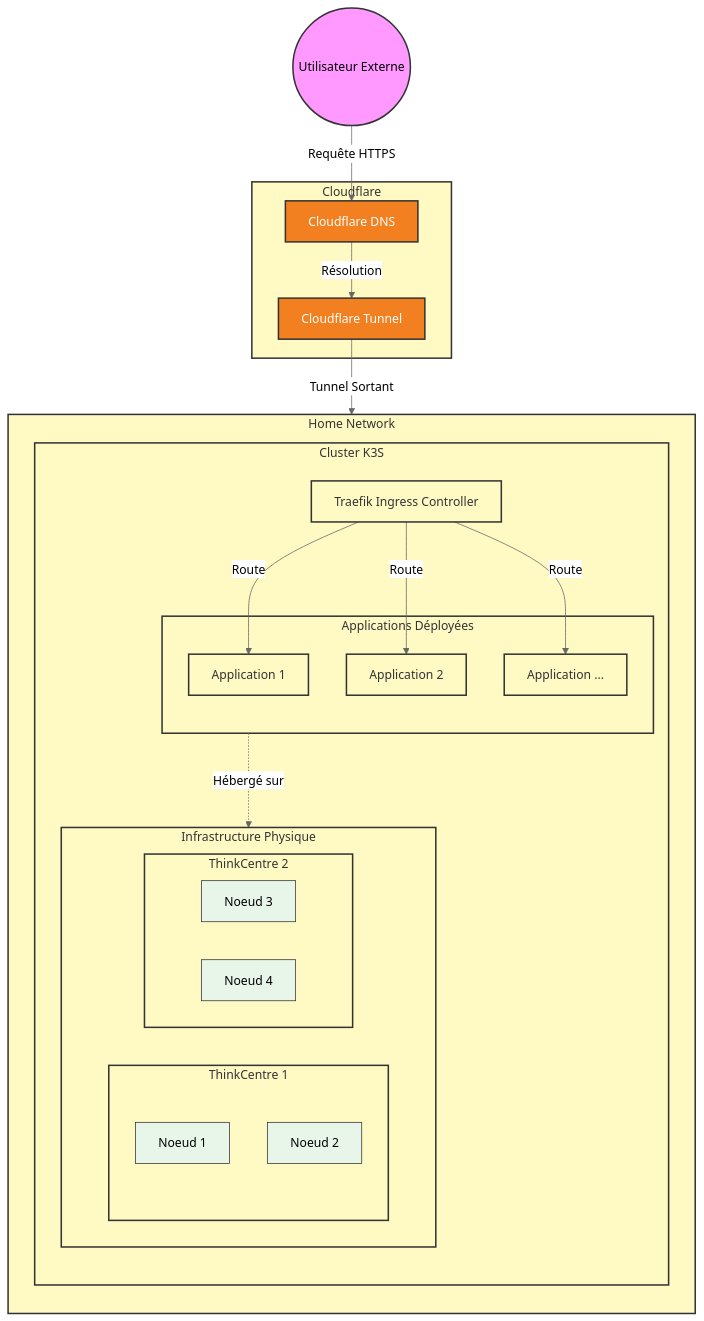
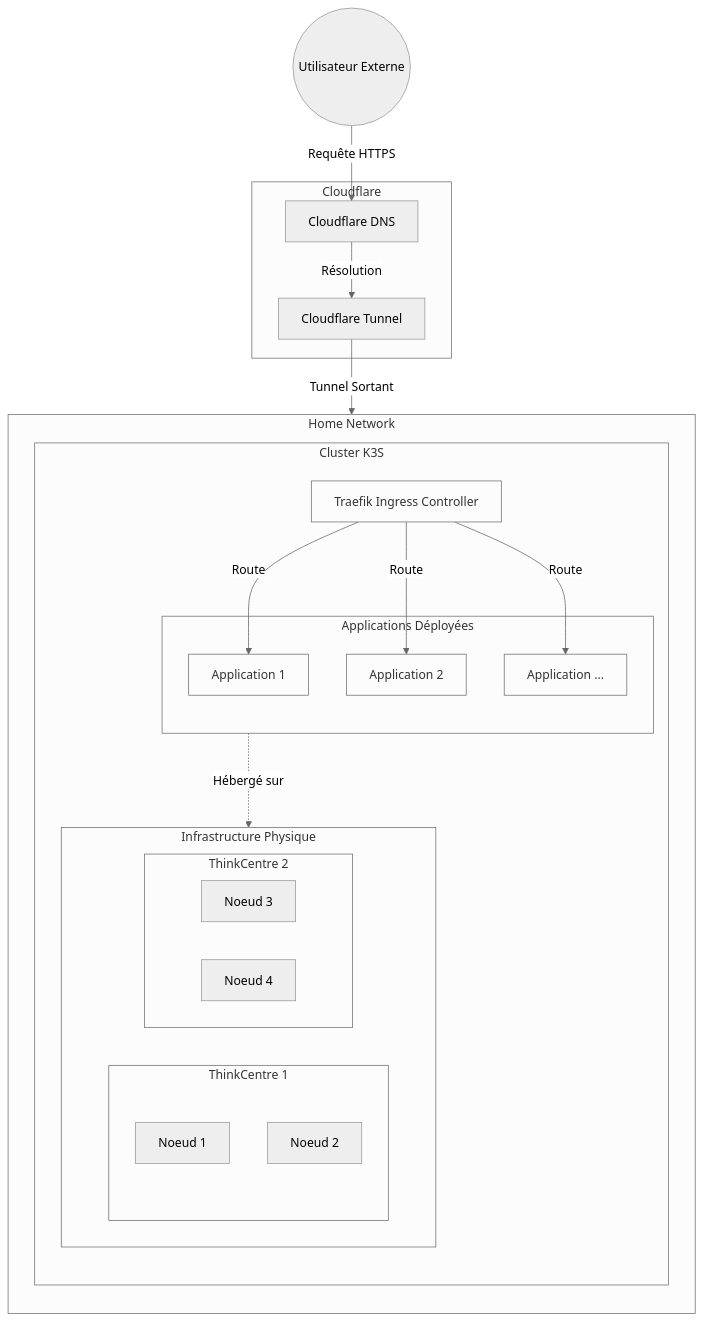
One commit to NathanFouere/nix-cfg changed the diagram in README.md. Above: the diagram before and after it, drawn with Mermaid (neutral theme).

````diff
--- a/README.md
+++ b/README.md
@@ -71,64 +71,57 @@
 ```mermaid
 graph TD
-    %% Définition des styles
-    classDef external fill:#f9f,stroke:#333,stroke-width:2px;
-    classDef cloudflare fill:#f38020,stroke:#333,stroke-width:2px,color:white;
-    classDef home fill:#e1f5fe,stroke:#333,stroke-width:2px;
-    classDef cluster fill:#fff9c4,stroke:#333,stroke-width:2px;
-    classDef node fill:#e8f5e9,stroke:#333,stroke-width:1px;
-
     %% Noeuds
     User((Utilisateur Externe)):::external
 
     %% Groupe Cloudflare (La boite commune)
     subgraph CF_Zone [Cloudflare]
         CF_DNS[Cloudflare DNS]:::cloudflare
         CF_Tunnel[Cloudflare Tunnel]:::cloudflare
     end
 
     %% Groupe Réseau Maison
     subgraph Home_Network [Home Network]
         direction TB
         
         %% Cluster K3s
         subgraph K3S_Cluster [Cluster K3S]
             direction TB
             
             %% Ingress
             Traefik[Traefik Ingress Controller]:::cluster
             
             %% Applications
             subgraph Apps [Applications Déployées]
                 App1[Application 1]:::cluster
                 App2[Application 2]:::cluster
                 App3[Application ...]:::cluster
             end
 
             %% Infrastructure Physique
             subgraph Infrastructure [Infrastructure Physique]
                 direction LR
                 subgraph TC1 [ThinkCentre 1]
                     N1[Noeud 1]:::node
                     N2[Noeud 2]:::node
                 end
                 subgraph TC2 [ThinkCentre 2]
                     N3[Noeud 3]:::node
                     N4[Noeud 4]:::node
                 end
             end
         end
     end
 
     %% Flux de connexion (sans numérotation pour éviter l'erreur)
     User -->|Requête HTTPS| CF_DNS
     CF_DNS -->|Résolution| CF_Tunnel
     CF_Tunnel -->|Tunnel Sortant| Traefik
     
     %% Routage interne
     Traefik -->|Route| App1
     Traefik -->|Route| App2
     Traefik -->|Route| App3
 
     %% Lien logique applications -> infra
     Apps -.->|Hébergé sur| Infrastructure
 ```
````
